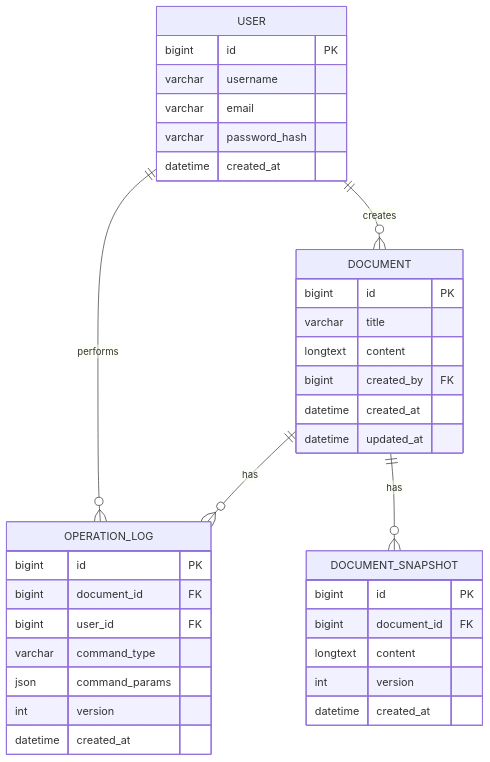
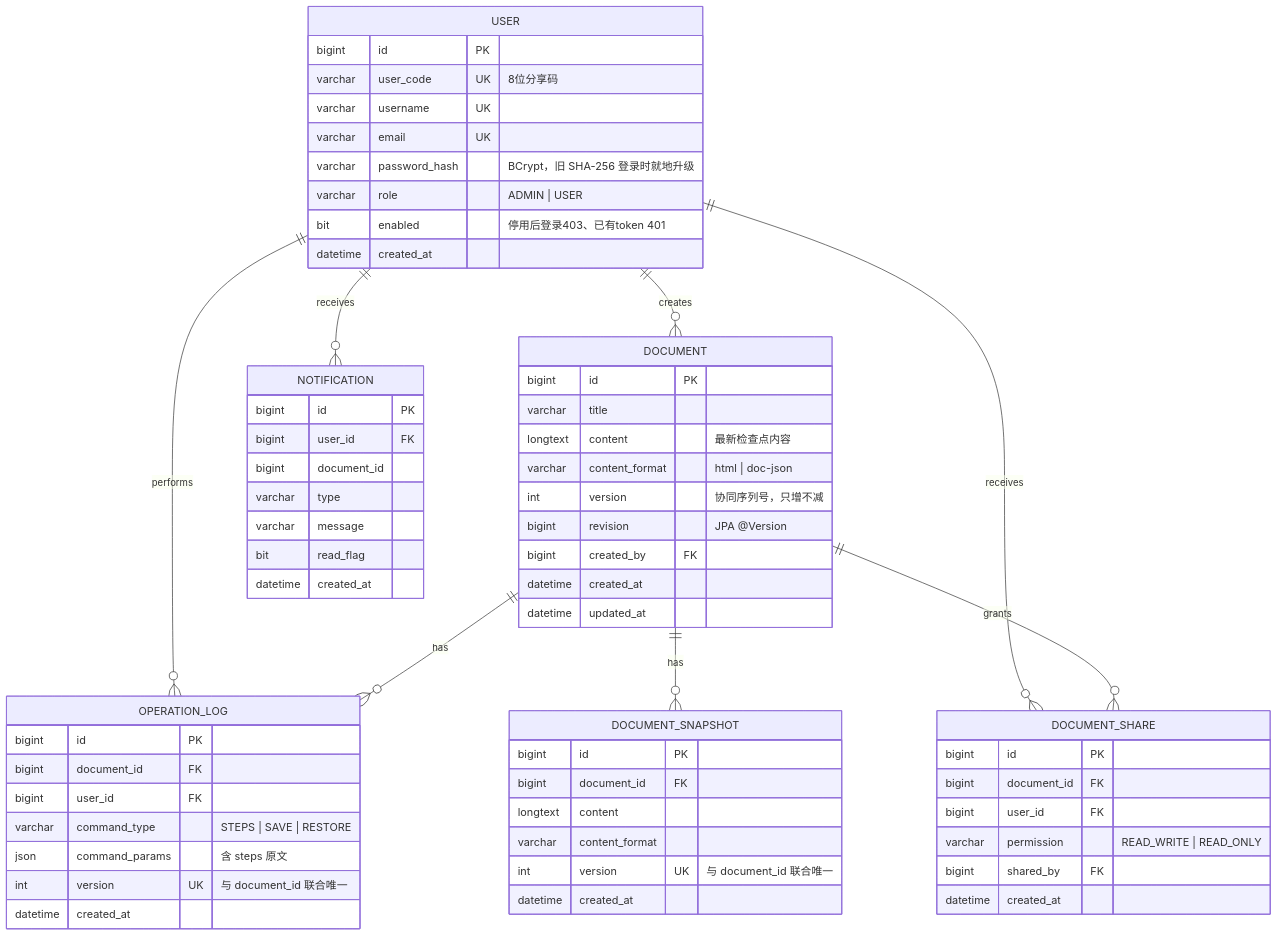
One commit to sky8791-flash/project-design changed the eighth of 10 diagrams in 系统模式结构图.md. Above: the diagram before and after it, drawn with Mermaid. The commit also changed other lines of this file and 2 other files, not shown here.

First line of the commit message:
Rewrite the design docs around the sequencer model

````diff
--- a/系统模式结构图.md
+++ b/系统模式结构图.md
@@ -362,38 +301,65 @@
 ```mermaid
 erDiagram
     USER ||--o{ DOCUMENT : creates
     USER ||--o{ OPERATION_LOG : performs
+    USER ||--o{ DOCUMENT_SHARE : receives
+    USER ||--o{ NOTIFICATION : receives
     DOCUMENT ||--o{ OPERATION_LOG : has
     DOCUMENT ||--o{ DOCUMENT_SNAPSHOT : has
+    DOCUMENT ||--o{ DOCUMENT_SHARE : grants
     DOCUMENT {
         bigint id PK
         varchar title
-        longtext content
+        longtext content "最新检查点内容"
+        varchar content_format "html | doc-json"
+        int version "协同序列号，只增不减"
+        bigint revision "JPA @Version"
         bigint created_by FK
         datetime created_at
         datetime updated_at
     }
     USER {
         bigint id PK
-        varchar username
-        varchar email
-        varchar password_hash
+        varchar user_code UK "8位分享码"
+        varchar username UK
+        varchar email UK
+        varchar password_hash "BCrypt，旧 SHA-256 登录时就地升级"
+        varchar role "ADMIN | USER"
+        bit enabled "停用后登录403、已有token 401"
         datetime created_at
     }
     OPERATION_LOG {
         bigint id PK
         bigint document_id FK
         bigint user_id FK
-        varchar command_type
-        json command_params
-        int version
+        varchar command_type "STEPS | SAVE | RESTORE"
+        json command_params "含 steps 原文"
+        int version UK "与 document_id 联合唯一"
         datetime created_at
     }
     DOCUMENT_SNAPSHOT {
         bigint id PK
         bigint document_id FK
         longtext content
-        int version
+        varchar content_format
+        int version UK "与 document_id 联合唯一"
+        datetime created_at
+    }
+    DOCUMENT_SHARE {
+        bigint id PK
+        bigint document_id FK
+        bigint user_id FK
+        varchar permission "READ_WRITE | READ_ONLY"
+        bigint shared_by FK
+        datetime created_at
+    }
+    NOTIFICATION {
+        bigint id PK
+        bigint user_id FK
+        bigint document_id
+        varchar type
+        varchar message
+        bit read_flag
         datetime created_at
     }
 ```
````
